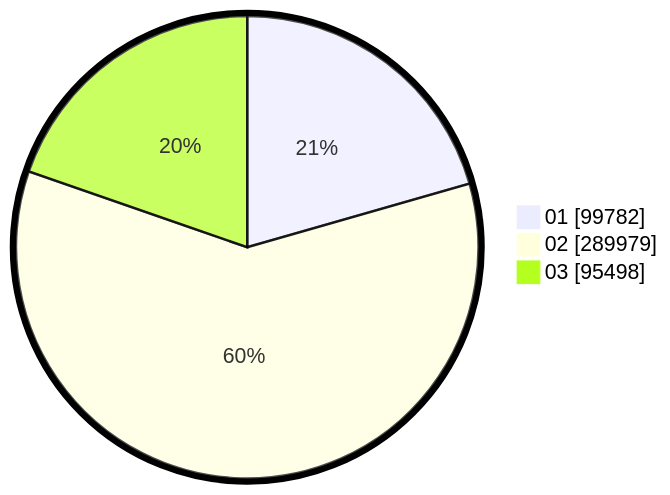
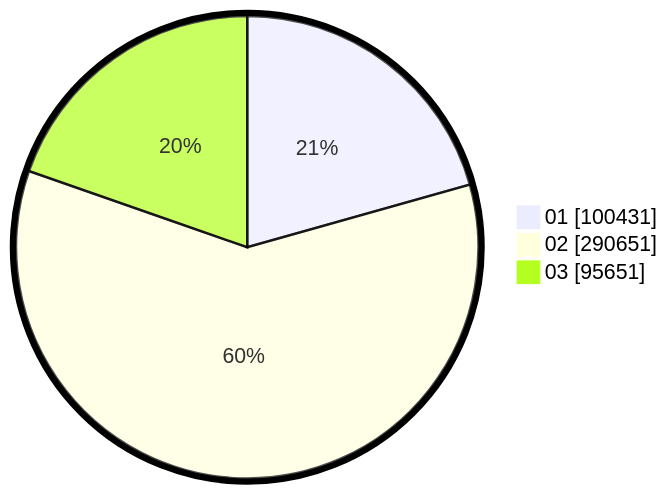
The second of 2 diagrams in pilpres/hitung-suara/sub/table-wilayah-99.md (gigit-pemilu/pemilu-2024), drawn with Mermaid before and after one commit. The commit also changed other lines of this file and 6 other files, not shown here.

````diff
--- a/pilpres/hitung-suara/sub/table-wilayah-99.md
+++ b/pilpres/hitung-suara/sub/table-wilayah-99.md
@@ -15,7 +15,7 @@
 ```mermaid
 %%{init: {"pie": {"textPosition": 0.5}, "themeVariables": {"pieOuterStrokeWidth": "5px"}} }%%
 pie showData
-    "01" : 99782
-    "02" : 289979
-    "03" : 95498
+    "01" : 100431
+    "02" : 290651
+    "03" : 95651
 ```
````
